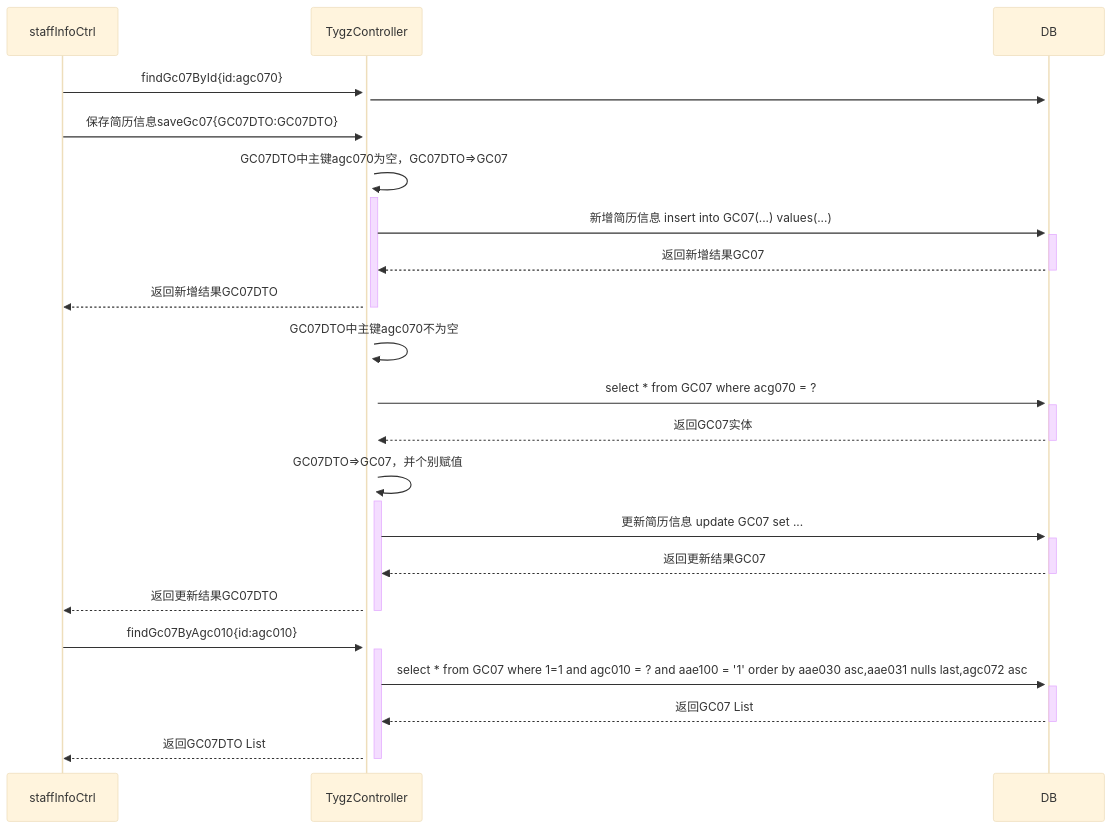
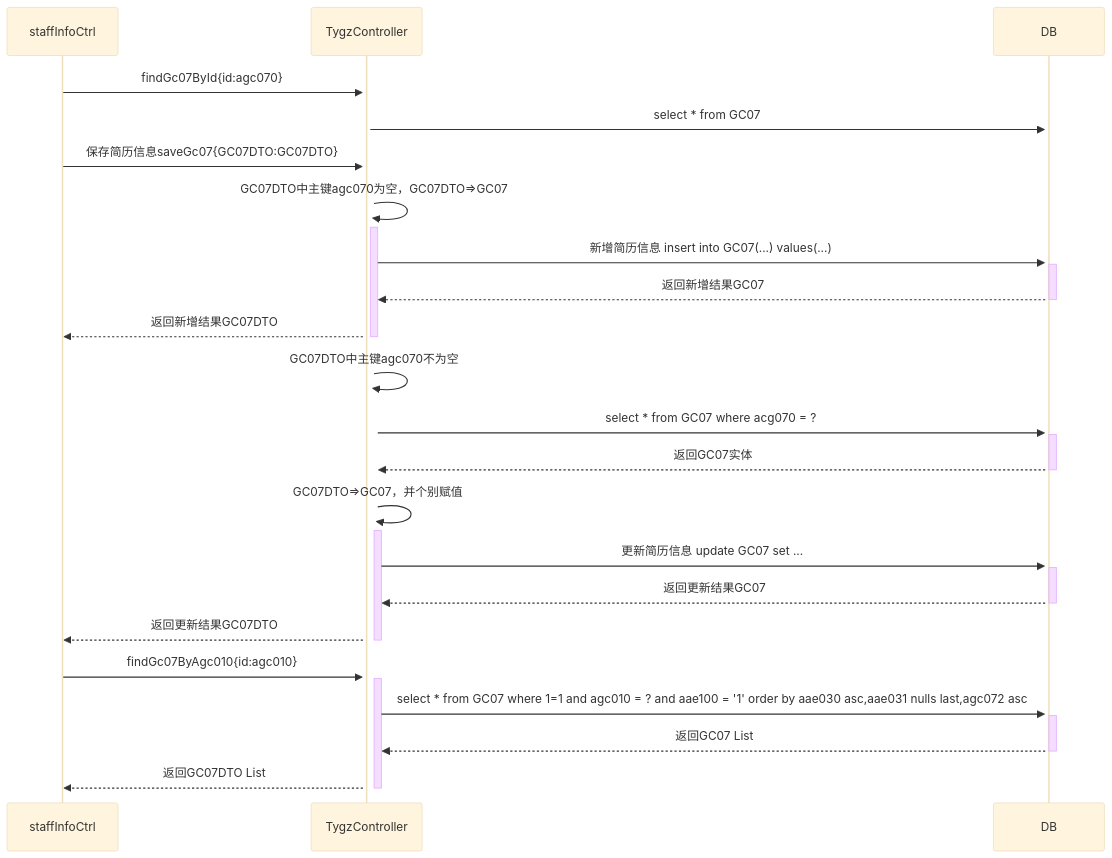
One commit to ZhangJianBeiJing/iodraw-files changed the diagram in all/未命名.md. Above: the diagram before and after it, drawn with Mermaid (base theme).

Commit message:
2025-03-25 17:26:32 update

````diff
--- a/all/未命名.md
+++ b/all/未命名.md
@@ -1,24 +1,24 @@
 ```mermaid
 sequenceDiagram
 
     staffInfoCtrl->>+TygzController:findGc07ById{id:agc070}
-    TygzController->>+DB:
+    TygzController->>+DB:select * from GC07 
     staffInfoCtrl->>+TygzController:保存简历信息saveGc07{GC07DTO:GC07DTO}
     TygzController->>+TygzController:GC07DTO中主键agc070为空，GC07DTO=>GC07
     TygzController->>+DB:新增简历信息 insert into GC07(...) values(...)
     DB-->>-TygzController:返回新增结果GC07
     TygzController-->>-staffInfoCtrl:返回新增结果GC07DTO
     TygzController->>+TygzController:GC07DTO中主键agc070不为空
     TygzController->>+DB:select * from GC07 where acg070 = ?
     DB-->>-TygzController:返回GC07实体
     TygzController->>+TygzController:GC07DTO=>GC07，并个别赋值
     TygzController->>+DB:更新简历信息 update GC07 set ...
     DB-->>-TygzController:返回更新结果GC07
     TygzController-->>-staffInfoCtrl:返回更新结果GC07DTO
 
     staffInfoCtrl->>+TygzController:findGc07ByAgc010{id:agc010}
     TygzController->>+DB:select * from GC07 where 1=1 and agc010 = ? and aae100 = '1' order by aae030 asc,aae031 nulls last,agc072 asc 
     DB-->>-TygzController:返回GC07 List
     TygzController-->>-staffInfoCtrl:返回GC07DTO List
             
 ```
````
